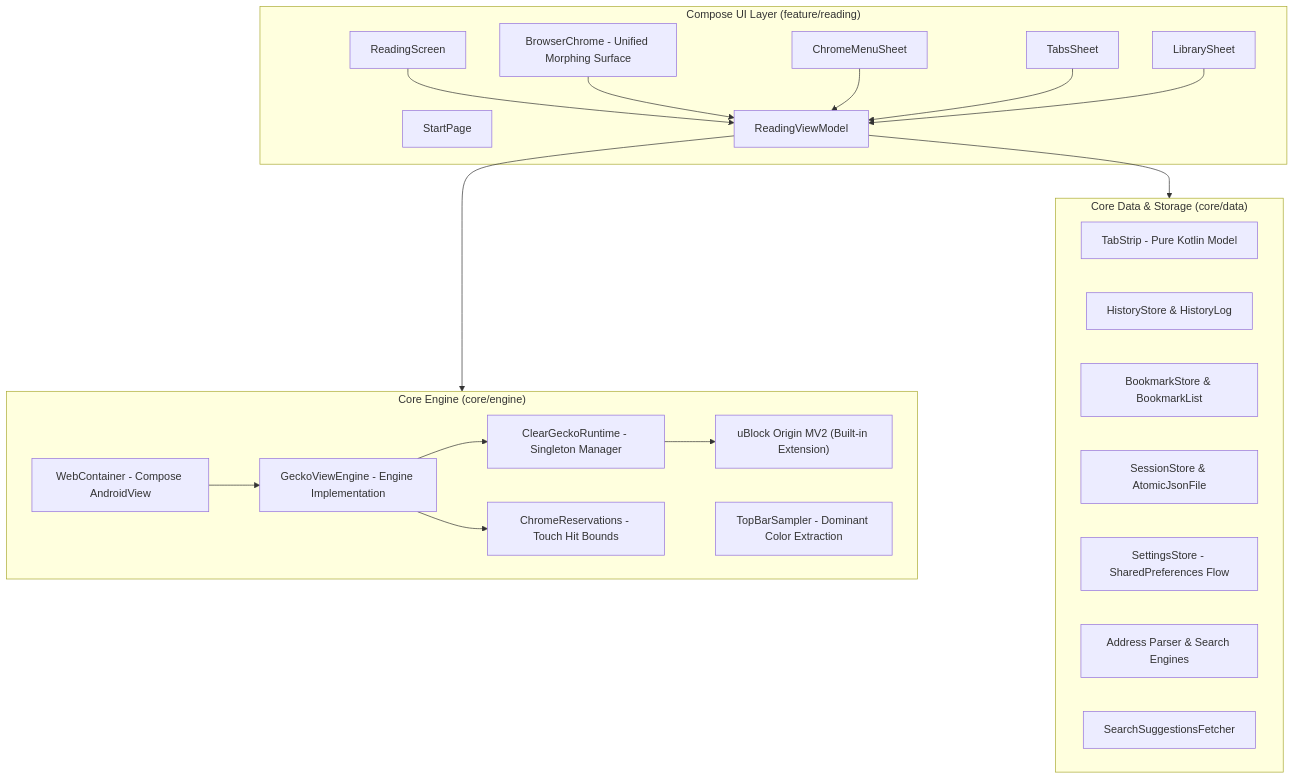
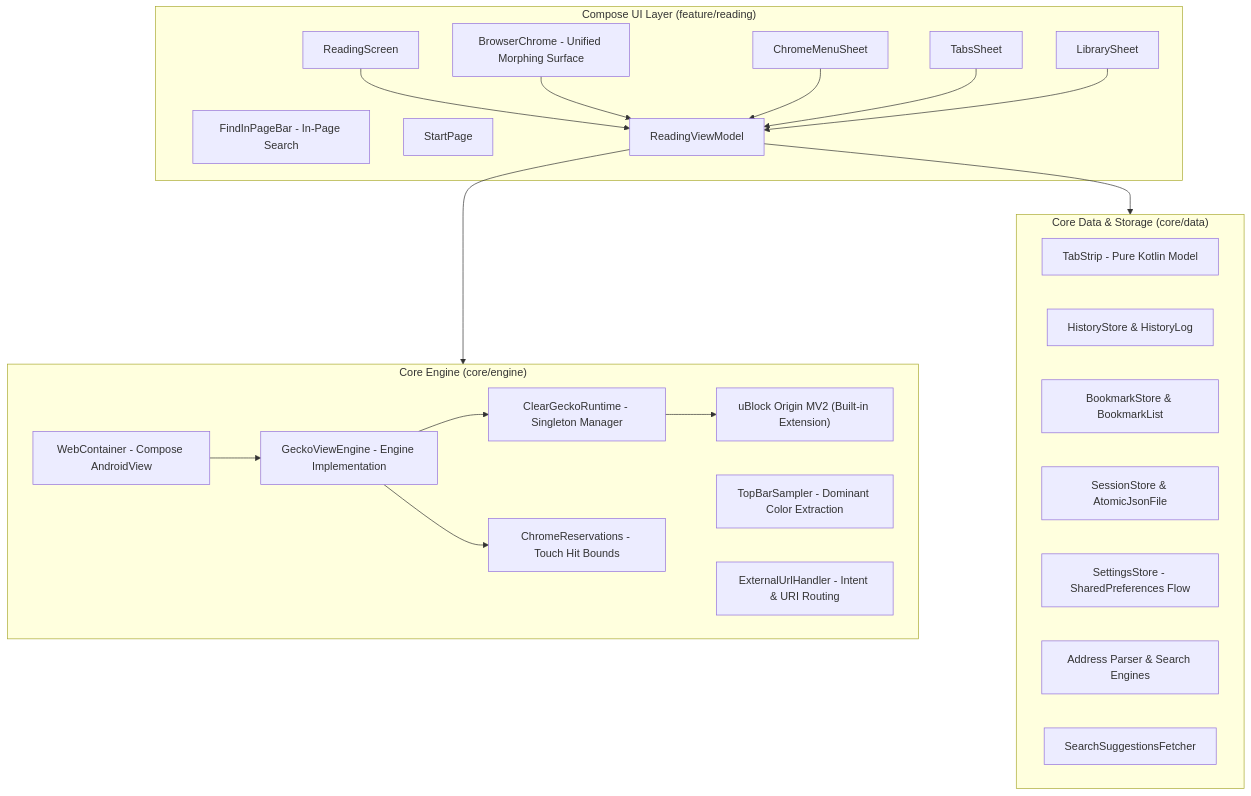
One commit to vylt-gh/clear-browser changed the diagram in README.md. Above: the diagram before and after it, drawn with Mermaid. The commit also changed other lines of this file and 16 other files, not shown here.

Commit message:
Implement top 4 priority features: Dark Mode, Find in Page, Fullscreen Video, and Intent URI handling

````diff
--- a/README.md
+++ b/README.md
@@ -113,43 +118,45 @@
 ```mermaid
 flowchart TD
     subgraph UI ["Compose UI Layer (feature/reading)"]
         RS[ReadingScreen]
         BC[BrowserChrome - Unified Morphing Surface]
+        FIPB[FindInPageBar - In-Page Search]
         CMS[ChromeMenuSheet]
         TS[TabsSheet]
         LS[LibrarySheet]
         SP[StartPage]
         RVM[ReadingViewModel]
     end
 
     subgraph CoreEngine ["Core Engine (core/engine)"]
         WC[WebContainer - Compose AndroidView]
         GVE[GeckoViewEngine - Engine Implementation]
         CGR[ClearGeckoRuntime - Singleton Manager]
         uBO["uBlock Origin MV2 (Built-in Extension)"]
         TBS[TopBarSampler - Dominant Color Extraction]
+        EUH[ExternalUrlHandler - Intent & URI Routing]
         CR[ChromeReservations - Touch Hit Bounds]
     end
 
     subgraph CoreData ["Core Data & Storage (core/data)"]
         TabStrip[TabStrip - Pure Kotlin Model]
         HistStore[HistoryStore & HistoryLog]
         BookStore[BookmarkStore & BookmarkList]
         SessStore[SessionStore & AtomicJsonFile]
         SettStore[SettingsStore - SharedPreferences Flow]
         Addr[Address Parser & Search Engines]
         Sugg[SearchSuggestionsFetcher]
     end
 
     RS --> RVM
     BC --> RVM
     CMS --> RVM
     TS --> RVM
     LS --> RVM
     RVM --> CoreEngine
     RVM --> CoreData
     WC --> GVE
     GVE --> CGR
     CGR --> uBO
     GVE --> CR
 ```
````
